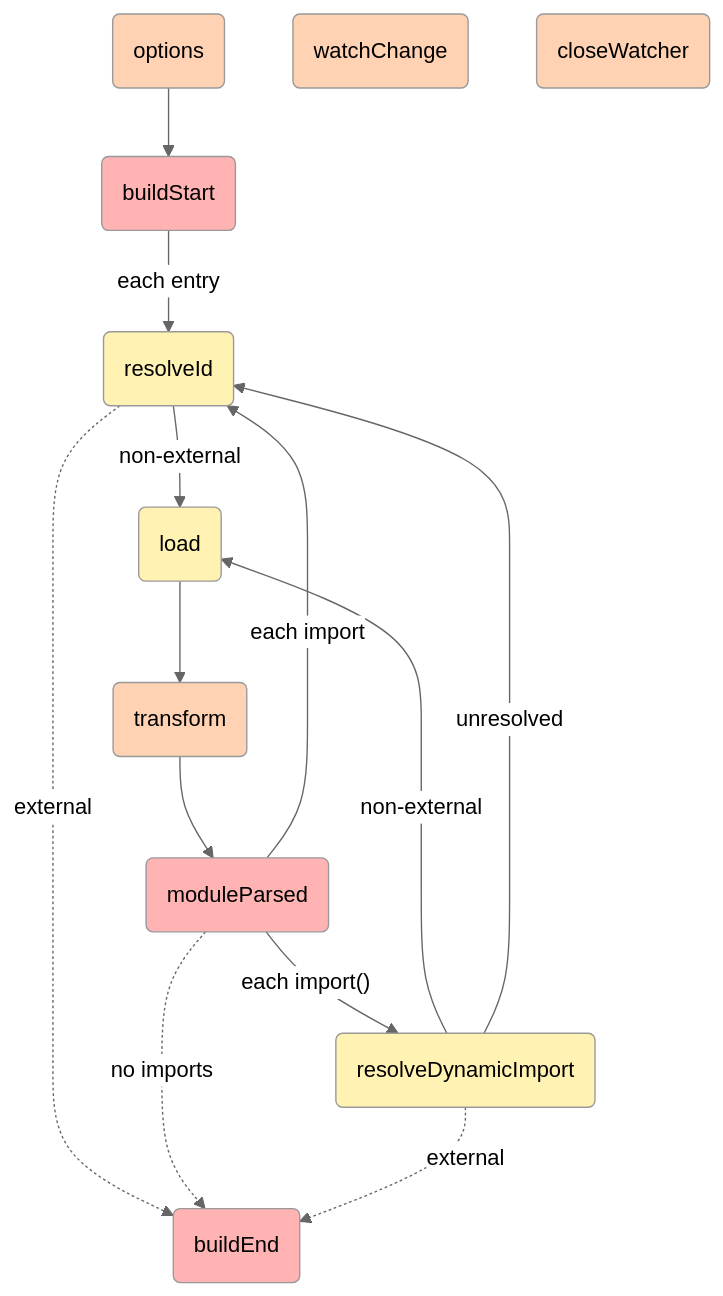
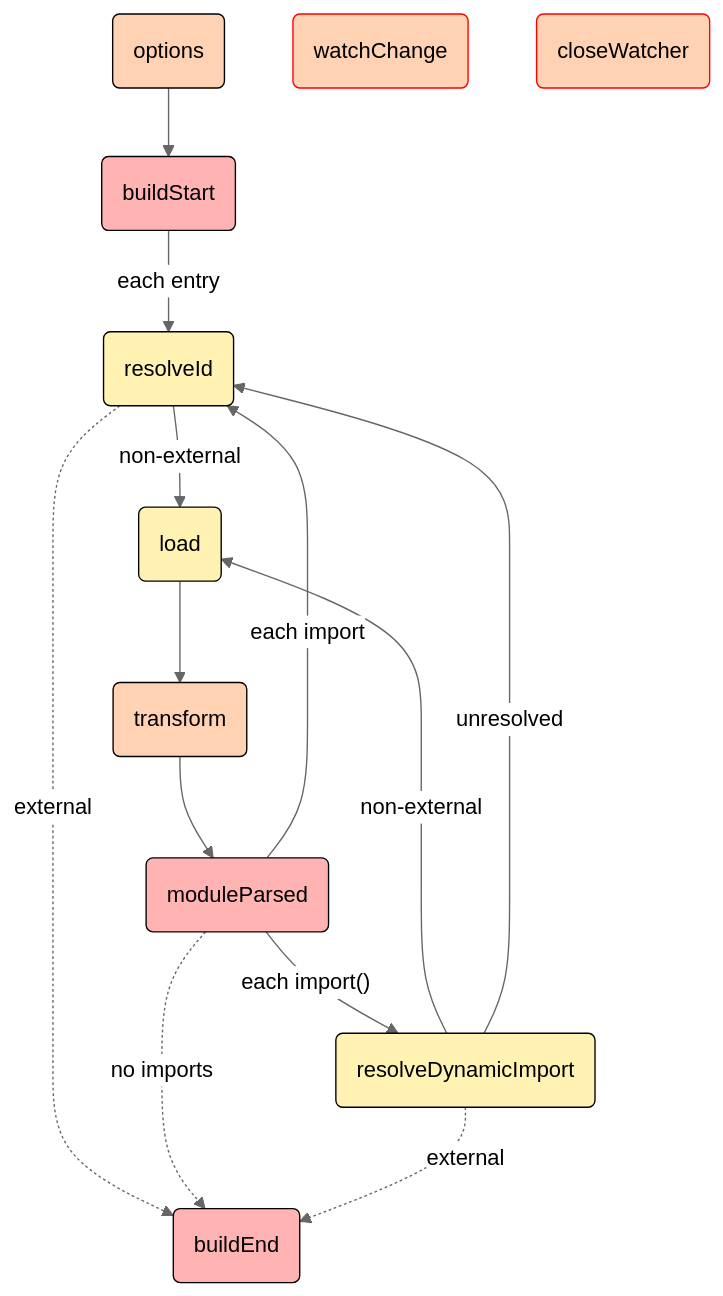
Before and after one commit to rollup/rollupjs.org: the diagram in flow-chart/build-hooks.mmd, drawn with Mermaid (neutral theme). The commit also changed 3 other files, not shown here.

```diff
--- a/flow-chart/build-hooks.mmd
+++ b/flow-chart/build-hooks.mmd
@@ -1,58 +1,59 @@
 flowchart TB
-    classDef hook-parallel fill:#ffb3b3;
-    classDef hook-sequential fill:#ffd2b3;
-    classDef hook-first fill:#fff2b3;
+    classDef hook-parallel fill:#ffb3b3,stroke:#000;
+    classDef hook-sequential fill:#ffd2b3,stroke:#000;
+    classDef hook-first fill:#fff2b3,stroke:#000;
+    classDef hook-sequential-sync fill:#ffd2b3,stroke:#f00;
 
 	buildend("buildEnd"):::hook-parallel
 	click buildend "/guide/en/#buildend" _parent
 
     buildstart("buildStart"):::hook-parallel
 	click buildstart "/guide/en/#buildstart" _parent
 
 	load("load"):::hook-first
 	click load "/guide/en/#load" _parent
 
 	moduleparsed("moduleParsed"):::hook-parallel
 	click moduleparsed "/guide/en/#moduleparsed" _parent
 
 	options("options"):::hook-sequential
 	click options "/guide/en/#options" _parent
 
 	resolvedynamicimport("resolveDynamicImport"):::hook-first
 	click resolvedynamicimport "/guide/en/#resolvedynamicimport" _parent
 
 	resolveid("resolveId"):::hook-first
 	click resolveid "/guide/en/#resolveid" _parent
 
 	transform("transform"):::hook-sequential
 	click transform "/guide/en/#transform" _parent
 
-	watchchange("watchChange"):::hook-sequential
+	watchchange("watchChange"):::hook-sequential-sync
 	click watchchange "/guide/en/#watchchange" _parent
 
-    closewatcher("closeWatcher"):::hook-sequential
+    closewatcher("closeWatcher"):::hook-sequential-sync
 	click closewatcher "/guide/en/#closewatcher" _parent
 
     options
     --> buildstart
     --> |each entry|resolveid
     .-> |external|buildend
 
     resolveid
     --> |non-external|load
     --> transform
     --> moduleparsed
     .-> |no imports|buildend
 
     moduleparsed
     --> |"each import()"|resolvedynamicimport
     --> |non-external|load
 
     moduleparsed
     --> |each import|resolveid
 
     resolvedynamicimport
     .-> |external|buildend
 
     resolvedynamicimport
     --> |unresolved|resolveid
```
